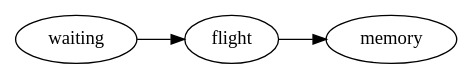
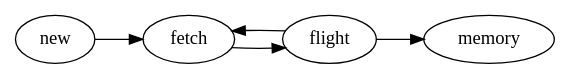
Before and after one commit to dask/distributed: the diagram in docs/source/images/worker-dep-state.dot, drawn with Graphviz. The commit also changed 4 other files, not shown here.

```diff
--- a/docs/source/images/worker-dep-state.dot
+++ b/docs/source/images/worker-dep-state.dot
@@ -1,8 +1,10 @@
 digraph{
     graph [
         bgcolor="#FFFFFFF00",
         rankdir=LR,
         ];
-    waiting -> flight;
+    new -> fetch;
+    fetch -> flight;
+    flight -> fetch;
     flight -> memory;
 }
```
